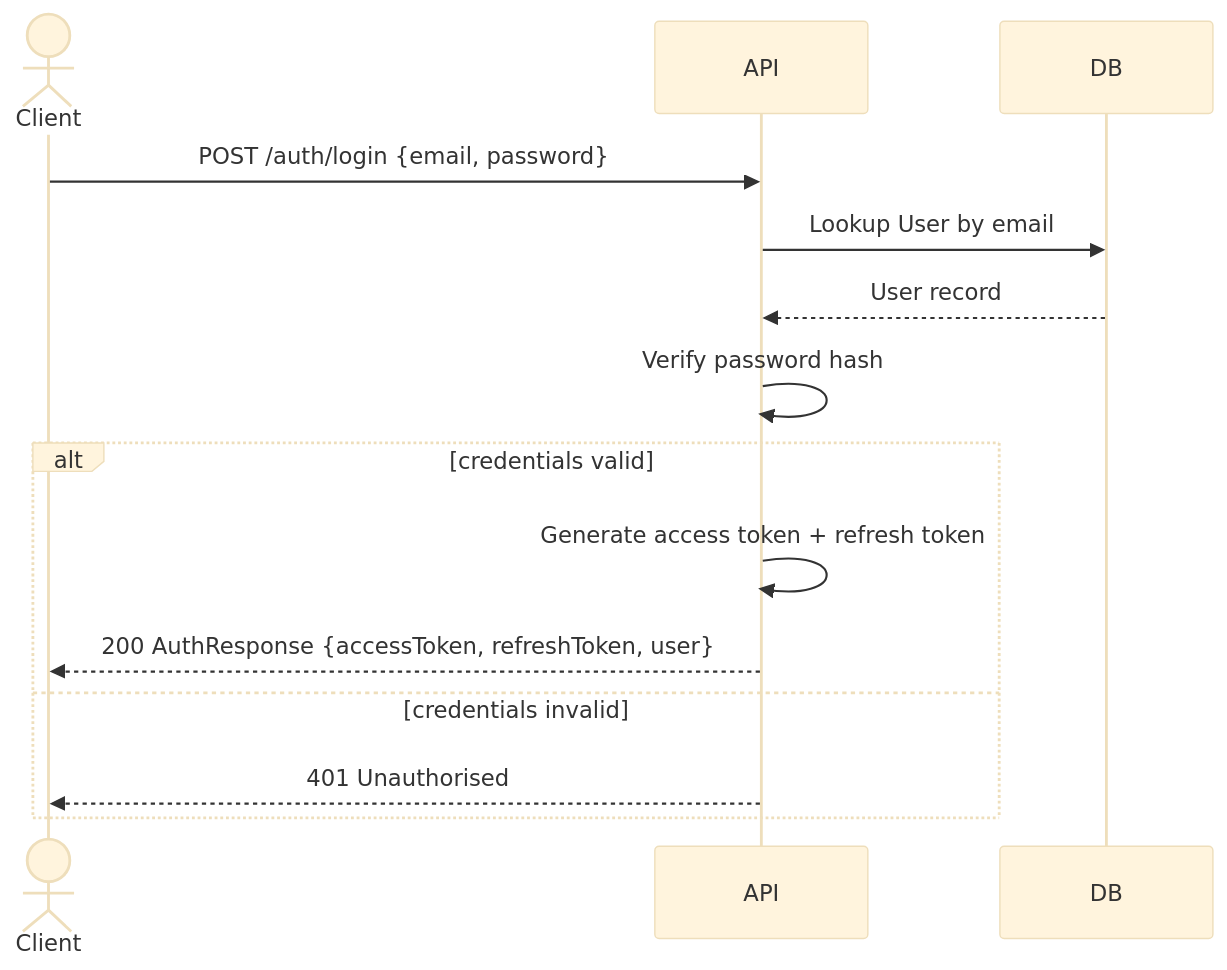
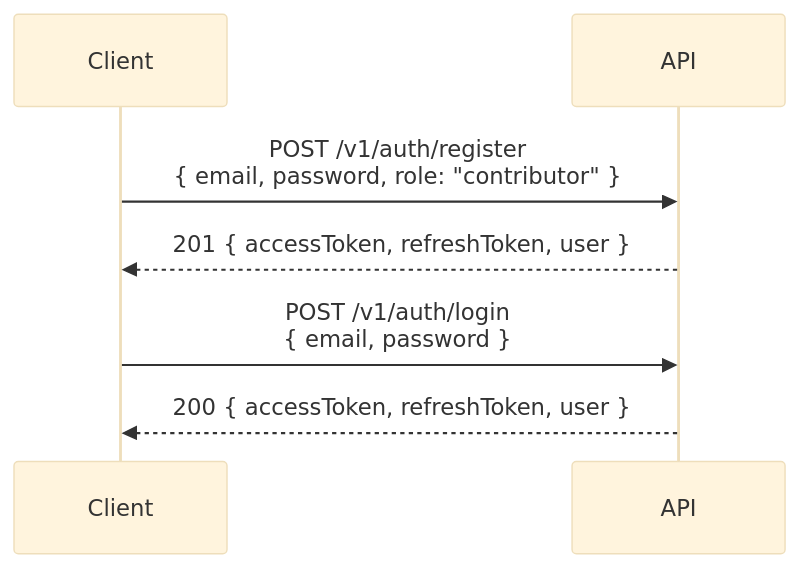
One commit to dataGriff/domain-api-template changed the first of 4 diagrams in docs/specifications/sequence-diagrams.md. Above: the diagram before and after it, drawn with Mermaid (base theme). The commit also changed other lines of this file and 34 other files, not shown here.

````diff
--- a/docs/specifications/sequence-diagrams.md
+++ b/docs/specifications/sequence-diagrams.md
@@ -90,17 +10,11 @@
 ```mermaid
 sequenceDiagram
-    actor Client
+    participant Client
     participant API
-    participant DB
 
-    Client->>API: POST /auth/login {email, password}
-    API->>DB: Lookup User by email
-    DB-->>API: User record
-    API->>API: Verify password hash
-    alt credentials valid
-        API->>API: Generate access token + refresh token
-        API-->>Client: 200 AuthResponse {accessToken, refreshToken, user}
-    else credentials invalid
-        API-->>Client: 401 Unauthorised
-    end
+    Client->>API: POST /v1/auth/register<br/>{ email, password, role: "contributor" }
+    API-->>Client: 201 { accessToken, refreshToken, user }
+
+    Client->>API: POST /v1/auth/login<br/>{ email, password }
+    API-->>Client: 200 { accessToken, refreshToken, user }
 ```
````
